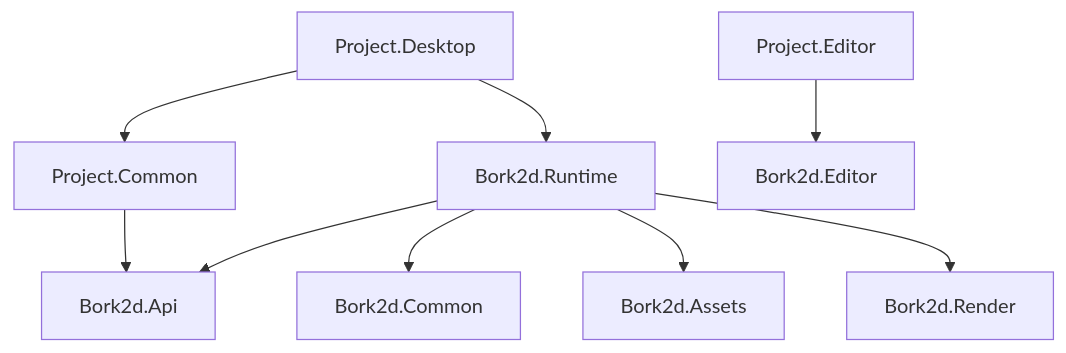
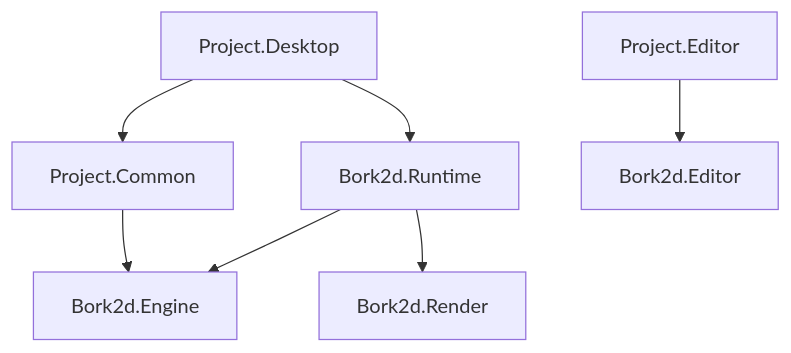
Before and after one commit to BorkEngine/Bork2d: the diagram in docs/architecture/overview.md, drawn with Mermaid. The commit also changed other lines of this file and 17 other files, not shown here.

````diff
--- a/docs/architecture/overview.md
+++ b/docs/architecture/overview.md
@@ -95,11 +95,9 @@
 ```mermaid
 flowchart TB
   PD["Project.Desktop"] --> RT["Bork2d.Runtime"]
   PD --> PC["Project.Common"]
   PE["Project.Editor"] --> ED["Bork2d.Editor"]
-  PC --> API["Bork2d.Api"]
-  RT --> API
-  RT --> C["Bork2d.Common"]
-  RT --> A["Bork2d.Assets"]
+  PC --> EN["Bork2d.Engine"]
+  RT --> EN
   RT --> R["Bork2d.Render"]
 ```
````
